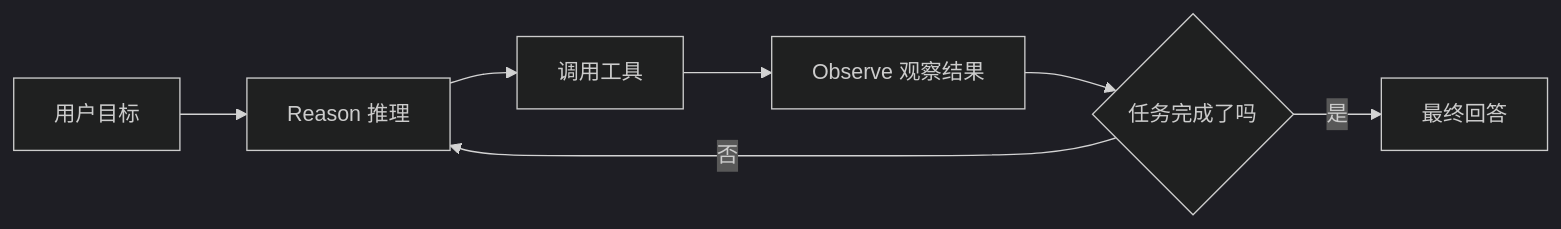
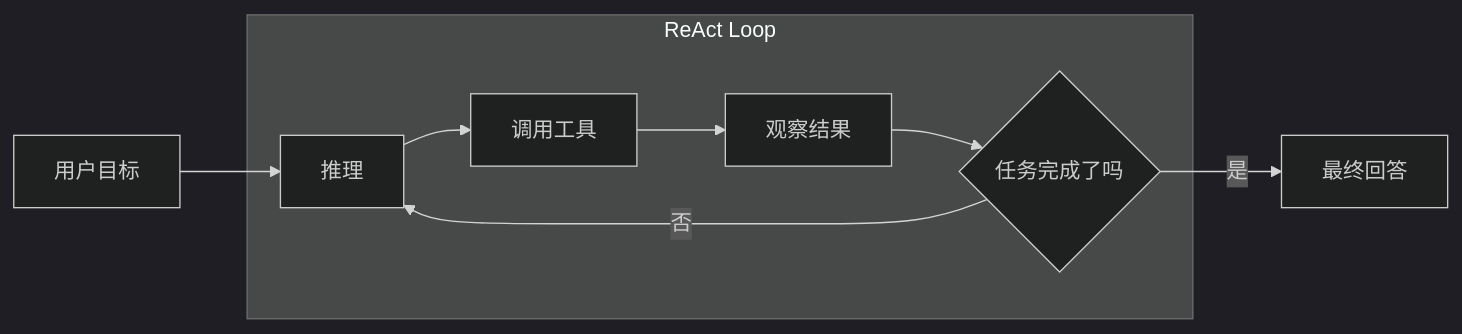
One commit to Lionad-Morotar/ppt changed the second of 8 diagrams in ppt/claude-from-zero/slides.md. Above: the diagram before and after it, drawn with Mermaid (dark theme). The commit also changed other lines of this file and 54 other files, not shown here.

````diff
--- a/ppt/claude-from-zero/slides.md
+++ b/ppt/claude-from-zero/slides.md
@@ -527,9 +478,16 @@
 ```mermaid {scale: 0.75}
 flowchart LR
-    U[用户目标] --> R[Reason 推理]
-    R --> T[调用工具]
-    T --> O[Observe 观察结果]
-    O --> D{任务完成了吗}
+    U[用户目标]
+    subgraph ReAct Loop
+        R[推理]
+        T[调用工具]
+        O[观察结果]
+        D{任务完成了吗}
+    end
+    U --> R
+    R --> T
+    T --> O
+    O --> D
     D -- 否 --> R
     D -- 是 --> A[最终回答]
 ```
````
